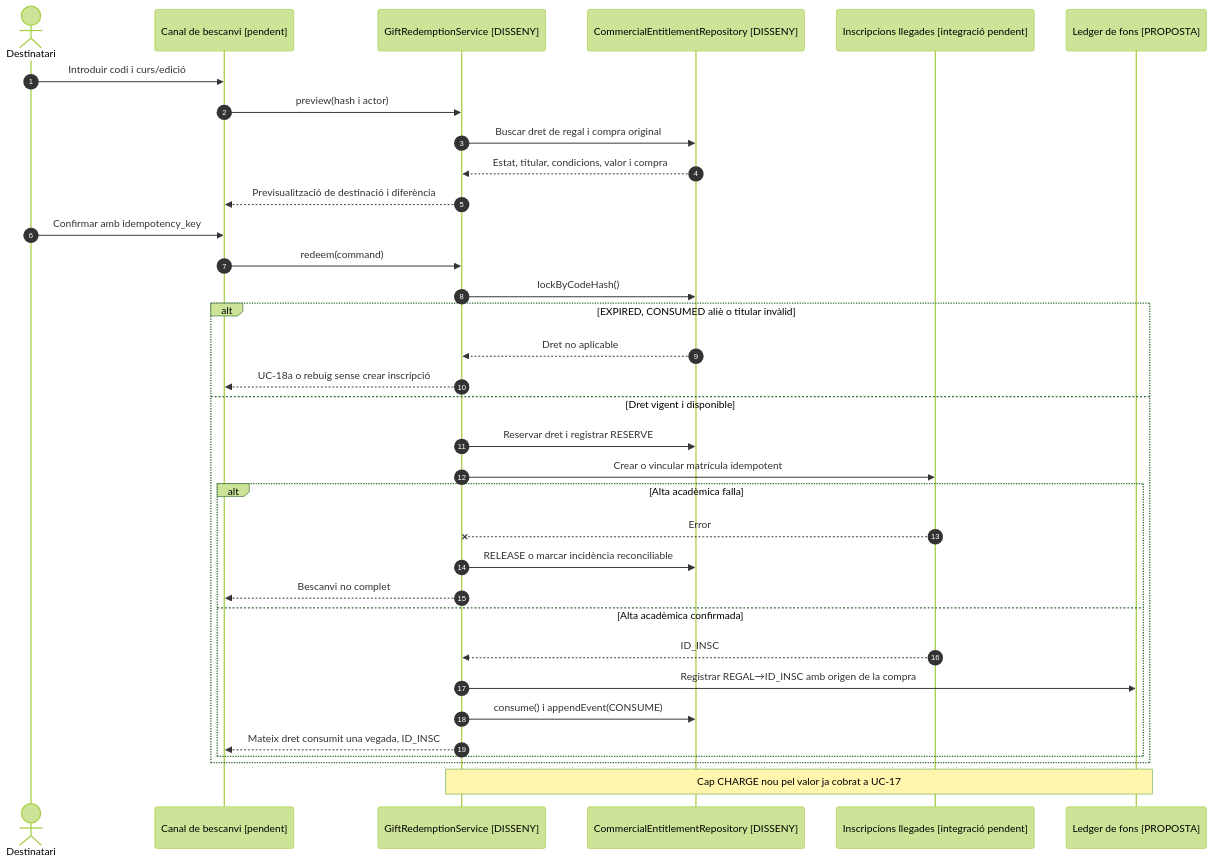
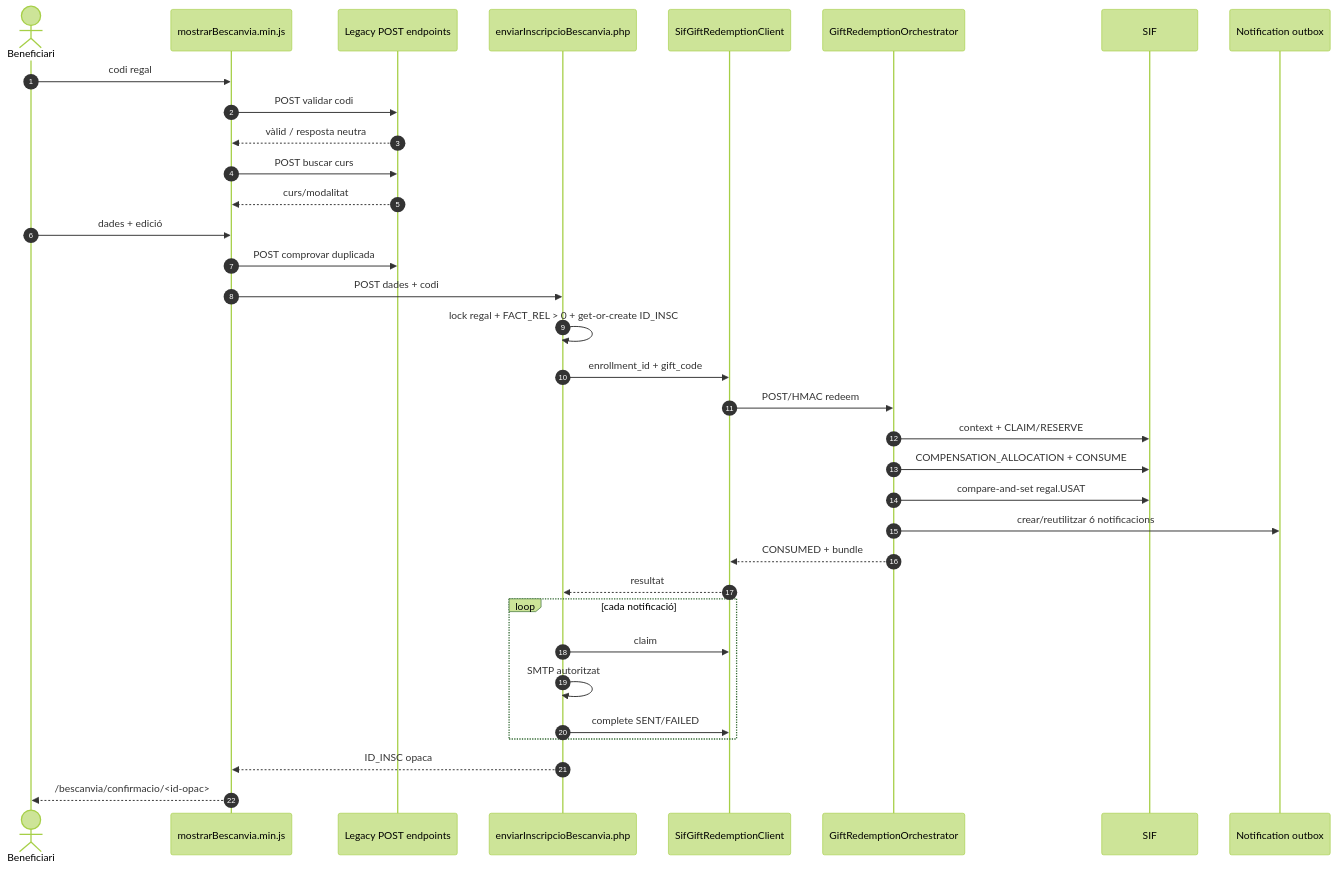
One commit to orgmeriemprismacat-del/verifactu changed the third of 5 diagrams in documentacio/07-uml-integrat/uc-018-bescanviar-regal.md. Above: the diagram before and after it, drawn with Mermaid (forest theme). The commit also changed other lines of this file, not shown here.

Commit message:
docs(UC-018): reconciliar fitxa UML integrada amb el codi real

````diff
--- a/documentacio/07-uml-integrat/uc-018-bescanviar-regal.md
+++ b/documentacio/07-uml-integrat/uc-018-bescanviar-regal.md
@@ -151,36 +127,37 @@
 ```mermaid
 sequenceDiagram
 autonumber
-actor R as Destinatari
-participant UI as Canal de bescanvi [pendent]
-participant S as GiftRedemptionService [DISSENY]
-participant E as CommercialEntitlementRepository [DISSENY]
-participant A as Inscripcions llegades [integració pendent]
-participant L as Ledger de fons [PROPOSTA]
-R->>UI: Introduir codi i curs/edició
-UI->>S: preview(hash i actor)
-S->>E: Buscar dret de regal i compra original
-E-->>S: Estat, titular, condicions, valor i compra
-S-->>UI: Previsualització de destinació i diferència
-R->>UI: Confirmar amb idempotency_key
-UI->>S: redeem(command)
-S->>E: lockByCodeHash()
-alt EXPIRED, CONSUMED aliè o titular invàlid
- E-->>S: Dret no aplicable
- S-->>UI: UC-18a o rebuig sense crear inscripció
-else Dret vigent i disponible
- S->>E: Reservar dret i registrar RESERVE
- S->>A: Crear o vincular matrícula idempotent
- alt Alta acadèmica falla
-  A--xS: Error
-  S->>E: RELEASE o marcar incidència reconciliable
-  S-->>UI: Bescanvi no complet
- else Alta acadèmica confirmada
-  A-->>S: ID_INSC
-  S->>L: Registrar REGAL→ID_INSC amb origen de la compra
-  S->>E: consume() i appendEvent(CONSUME)
-  S-->>UI: Mateix dret consumit una vegada, ID_INSC
- end
+actor B as Beneficiari
+participant JS as mostrarBescanvia.min.js
+participant L as Legacy POST endpoints
+participant W as enviarInscripcioBescanvia.php
+participant C as SifGiftRedemptionClient
+participant O as GiftRedemptionOrchestrator
+participant S as SIF
+participant N as Notification outbox
+
+B->>JS: codi regal
+JS->>L: POST validar codi
+L-->>JS: vàlid / resposta neutra
+JS->>L: POST buscar curs
+L-->>JS: curs/modalitat
+B->>JS: dades + edició
+JS->>L: POST comprovar duplicada
+JS->>W: POST dades + codi
+W->>W: lock regal + FACT_REL > 0 + get-or-create ID_INSC
+W->>C: enrollment_id + gift_code
+C->>O: POST/HMAC redeem
+O->>S: context + CLAIM/RESERVE
+O->>S: COMPENSATION_ALLOCATION + CONSUME
+O->>S: compare-and-set regal.USAT
+O->>N: crear/reutilitzar 6 notificacions
+O-->>C: CONSUMED + bundle
+C-->>W: resultat
+loop cada notificació
+ W->>C: claim
+ W->>W: SMTP autoritzat
+ W->>C: complete SENT/FAILED
 end
-Note over S,L: Cap CHARGE nou pel valor ja cobrat a UC-17
+W-->>JS: ID_INSC opaca
+JS-->>B: /bescanvia/confirmacio/<id-opac>
 ```
````
